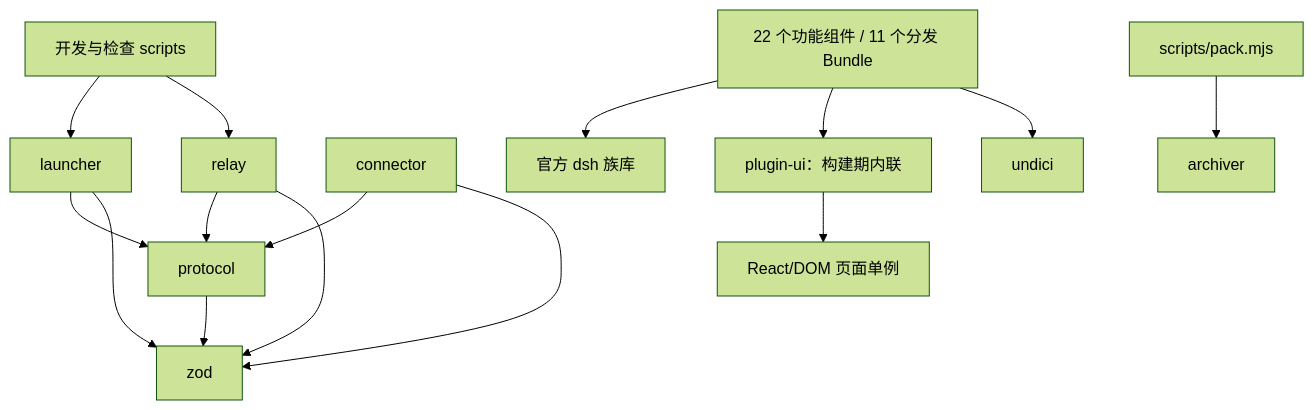
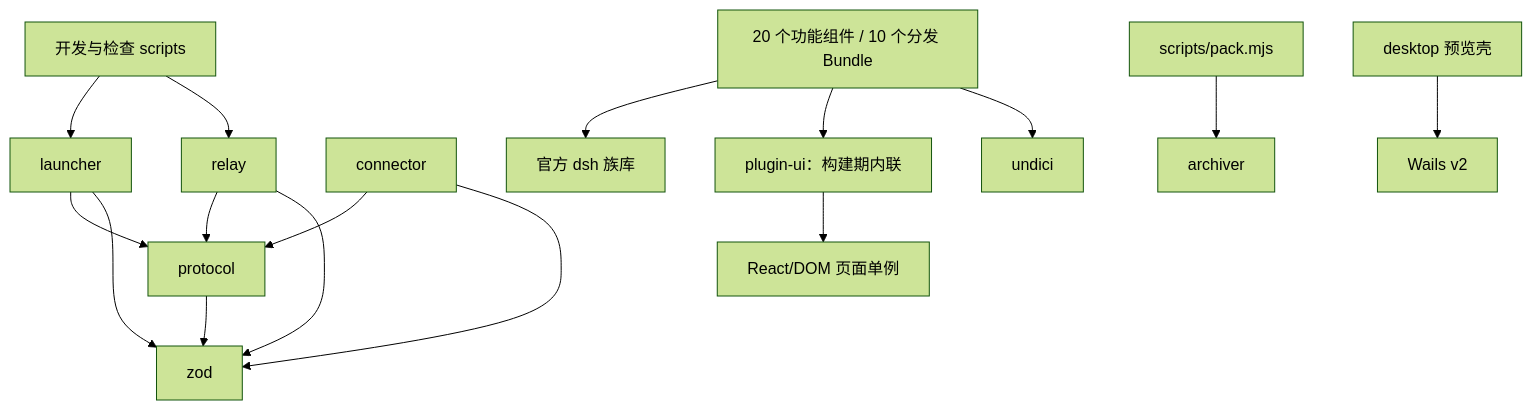
One commit to WaynePluto/dsh-remote changed the diagram in ARCHITECTURE.md. Above: the diagram before and after it, drawn with Mermaid (forest theme). The commit also changed other lines of this file and 131 other files, not shown here.

````diff
--- a/ARCHITECTURE.md
+++ b/ARCHITECTURE.md
@@ -39,17 +40,18 @@
 ```mermaid
 graph TD
   Scripts[开发与检查 scripts] --> Launcher[launcher]
   Scripts --> Relay[relay]
   Launcher --> Protocol[protocol]
   Relay --> Protocol
   Connector[connector] --> Protocol
-  Plugins[22 个功能组件 / 11 个分发 Bundle] --> DshLibs[官方 dsh 族库]
+  Plugins[20 个功能组件 / 10 个分发 Bundle] --> DshLibs[官方 dsh 族库]
   Plugins --> PluginUI[plugin-ui：构建期内联]
   Plugins --> Undici[undici]
   PluginUI --> React[React/DOM 页面单例]
   Launcher --> Zod[zod]
   Relay --> Zod
   Connector --> Zod
   Protocol --> Zod
   Pack[scripts/pack.mjs] --> Archiver[archiver]
+  DesktopPreview[desktop 预览壳] --> Wails[Wails v2]
 ```
````
